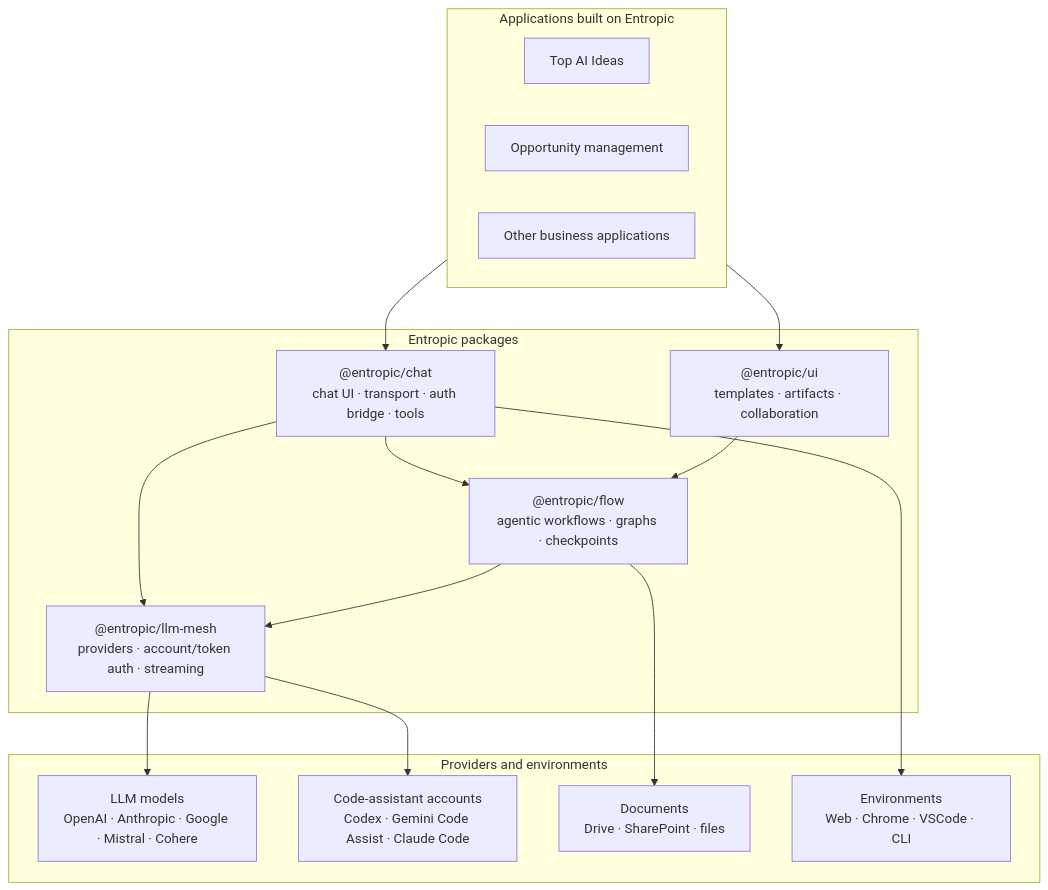
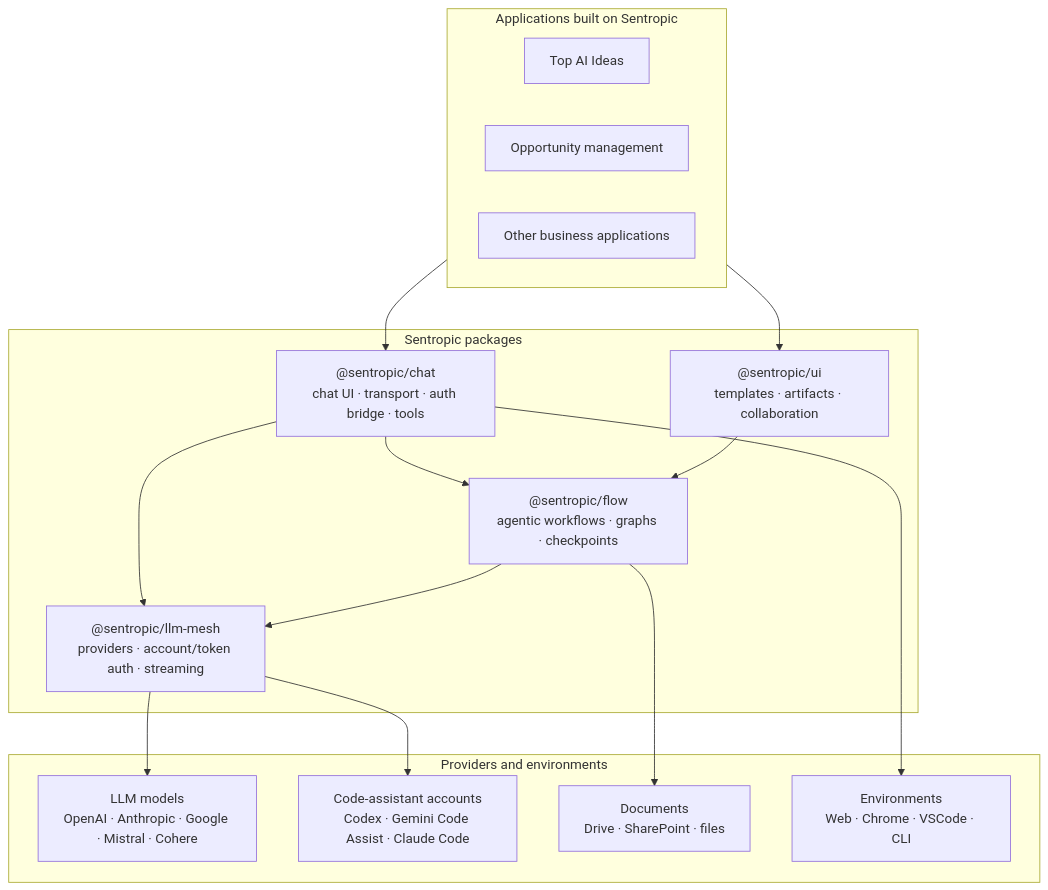
Before and after one commit to rhanka/sentropic: the second of 2 diagrams in README.md, drawn with Mermaid. The commit also changed other lines of this file and 622 other files, not shown here.

First line of the commit message:
Feature: BR-14c LLM Mesh SDK (#141)

````diff
--- a/README.md
+++ b/README.md
@@ -127,33 +127,33 @@
 ```mermaid
 flowchart TB
-    subgraph Apps["Applications built on Entropic"]
+    subgraph Apps["Applications built on Sentropic"]
         TopAI["Top AI Ideas"]
         Opportunity["Opportunity management"]
         Future["Other business applications"]
     end
 
-    subgraph Packages["Entropic packages"]
-        EntropicMesh["@entropic/llm-mesh<br/>providers · account/token auth · streaming"]
-        EntropicChat["@entropic/chat<br/>chat UI · transport · auth bridge · tools"]
-        EntropicFlow["@entropic/flow<br/>agentic workflows · graphs · checkpoints"]
-        EntropicUI["@entropic/ui<br/>templates · artifacts · collaboration"]
+    subgraph Packages["Sentropic packages"]
+        SentropicMesh["@sentropic/llm-mesh<br/>providers · account/token auth · streaming"]
+        SentropicChat["@sentropic/chat<br/>chat UI · transport · auth bridge · tools"]
+        SentropicFlow["@sentropic/flow<br/>agentic workflows · graphs · checkpoints"]
+        SentropicUI["@sentropic/ui<br/>templates · artifacts · collaboration"]
     end
 
     subgraph Providers["Providers and environments"]
         Models["LLM models<br/>OpenAI · Anthropic · Google · Mistral · Cohere"]
         CodeAssist["Code-assistant accounts<br/>Codex · Gemini Code Assist · Claude Code"]
         Docs["Documents<br/>Drive · SharePoint · files"]
         DevTools["Environments<br/>Web · Chrome · VSCode · CLI"]
     end
 
-    Apps --> EntropicChat
-    Apps --> EntropicUI
-    EntropicChat --> EntropicFlow
-    EntropicChat --> EntropicMesh
-    EntropicFlow --> EntropicMesh
-    EntropicUI --> EntropicFlow
-    EntropicMesh --> Models
-    EntropicMesh --> CodeAssist
-    EntropicFlow --> Docs
-    EntropicChat --> DevTools
+    Apps --> SentropicChat
+    Apps --> SentropicUI
+    SentropicChat --> SentropicFlow
+    SentropicChat --> SentropicMesh
+    SentropicFlow --> SentropicMesh
+    SentropicUI --> SentropicFlow
+    SentropicMesh --> Models
+    SentropicMesh --> CodeAssist
+    SentropicFlow --> Docs
+    SentropicChat --> DevTools
 ```
````
